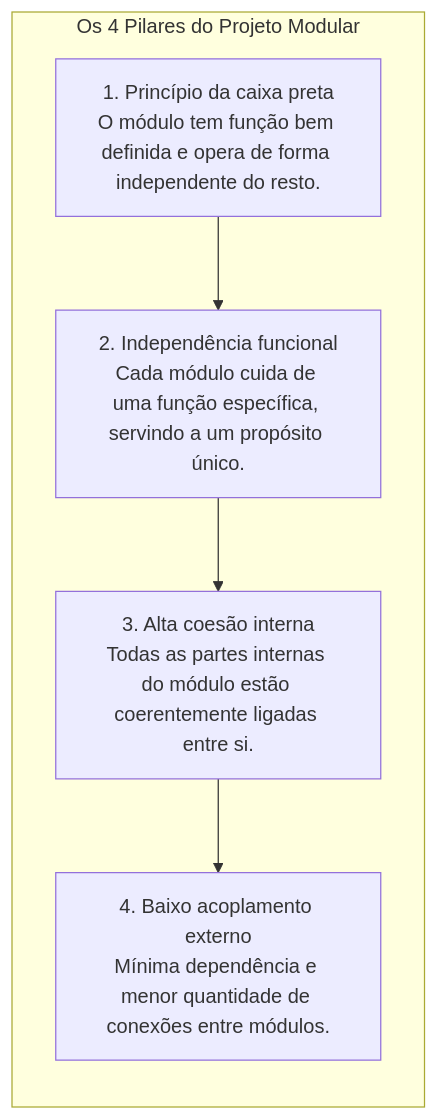
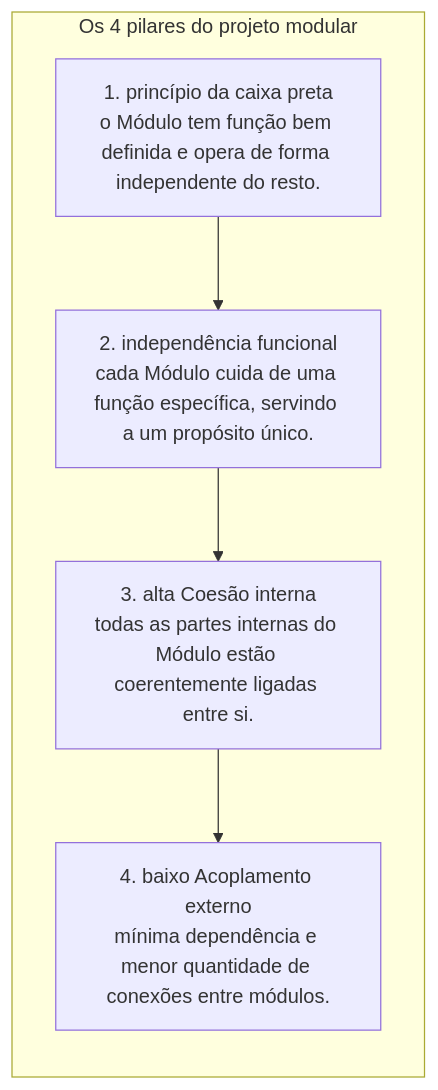
Before and after one commit to leorruas/puc: the third of 4 diagrams in 01. Programacao Modular/11. Princípio da ocultação da informação (information hiding e encapsulamento).md, drawn with Mermaid. The commit also changed other lines of this file and 10 other files, not shown here.

````diff
--- a/01. Programacao Modular/11. Princípio da ocultação da informação (information hiding e encapsulamento).md
+++ b/01. Programacao Modular/11. Princípio da ocultação da informação (information hiding e encapsulamento).md
@@ -173,14 +329,14 @@
 ```mermaid
 flowchart TD
-    subgraph PilaresDesign ["Os 4 Pilares do Projeto Modular"]
+    subgraph PilaresDesign ["Os 4 pilares do projeto modular"]
         direction TB
-        CP["1. Princípio da caixa preta<br>O módulo tem função bem definida e opera de forma independente do resto."]
-        IF["2. Independência funcional<br>Cada módulo cuida de uma função específica, servindo a um propósito único."]
-        COE["3. Alta coesão interna<br>Todas as partes internas do módulo estão coerentemente ligadas entre si."]
-        ACO["4. Baixo acoplamento externo<br>Mínima dependência e menor quantidade de conexões entre módulos."]
+        CP["1. princípio da caixa preta<br>o Módulo tem função bem definida e opera de forma independente do resto."]
+        IF["2. independência funcional<br>cada Módulo cuida de uma função específica, servindo a um propósito único."]
+        COE["3. alta Coesão interna<br>todas as partes internas do Módulo estão coerentemente ligadas entre si."]
+        ACO["4. baixo Acoplamento externo<br>mínima dependência e menor quantidade de conexões entre módulos."]
 
         CP --> IF
         IF --> COE
         COE --> ACO
     end
 ```
````
